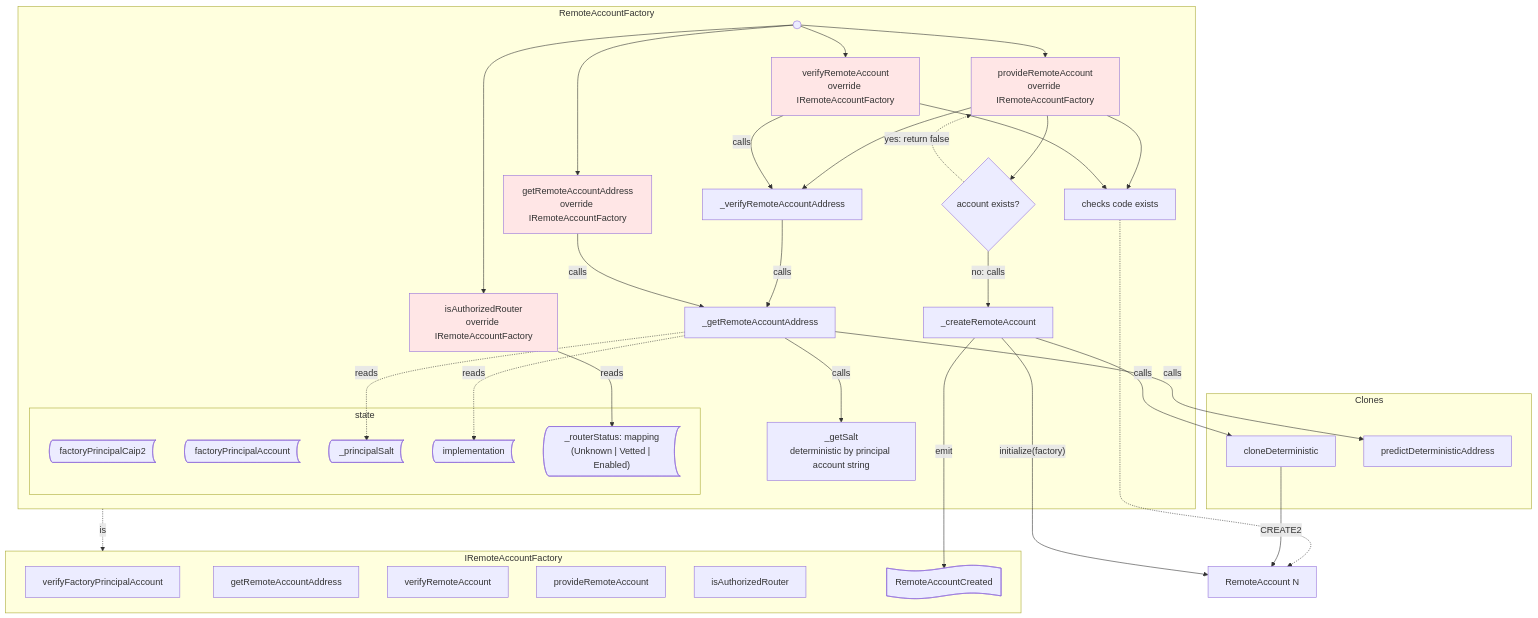
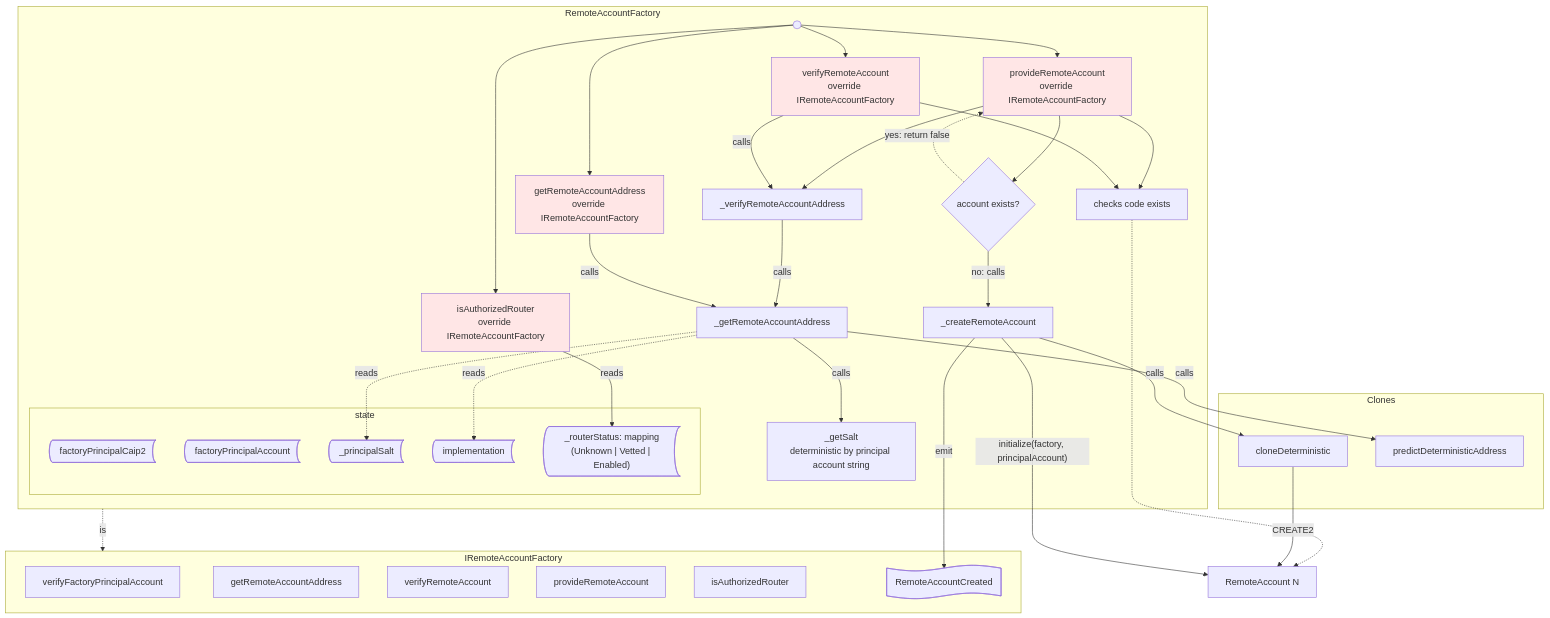
The fifth of 10 diagrams in packages/axelar-local-dev-cosmos/src/contracts/design.md (agoric-labs/agoric-to-axelar-local), drawn with Mermaid before and after one commit. The commit also changed other lines of this file, not shown here.

Commit message:
chore: fix design doc — update initialize signature and factory constructor diagram

```diff
--- a/packages/axelar-local-dev-cosmos/src/contracts/design.md
+++ b/packages/axelar-local-dev-cosmos/src/contracts/design.md
@@ -325,7 +325,7 @@
 
     _createRemoteAccount -->|calls| cloneDeterministic
     cloneDeterministic -->|"CREATE2"| RAn
-    _createRemoteAccount -->|"initialize(factory)"| RAn
+    _createRemoteAccount -->|"initialize(factory, principalAccount)"| RAn
     _createRemoteAccount -->|"emit"| RemoteAccountCreated
 
     getRemoteAccountAddress -->|calls| _getRemoteAccountAddress
```
